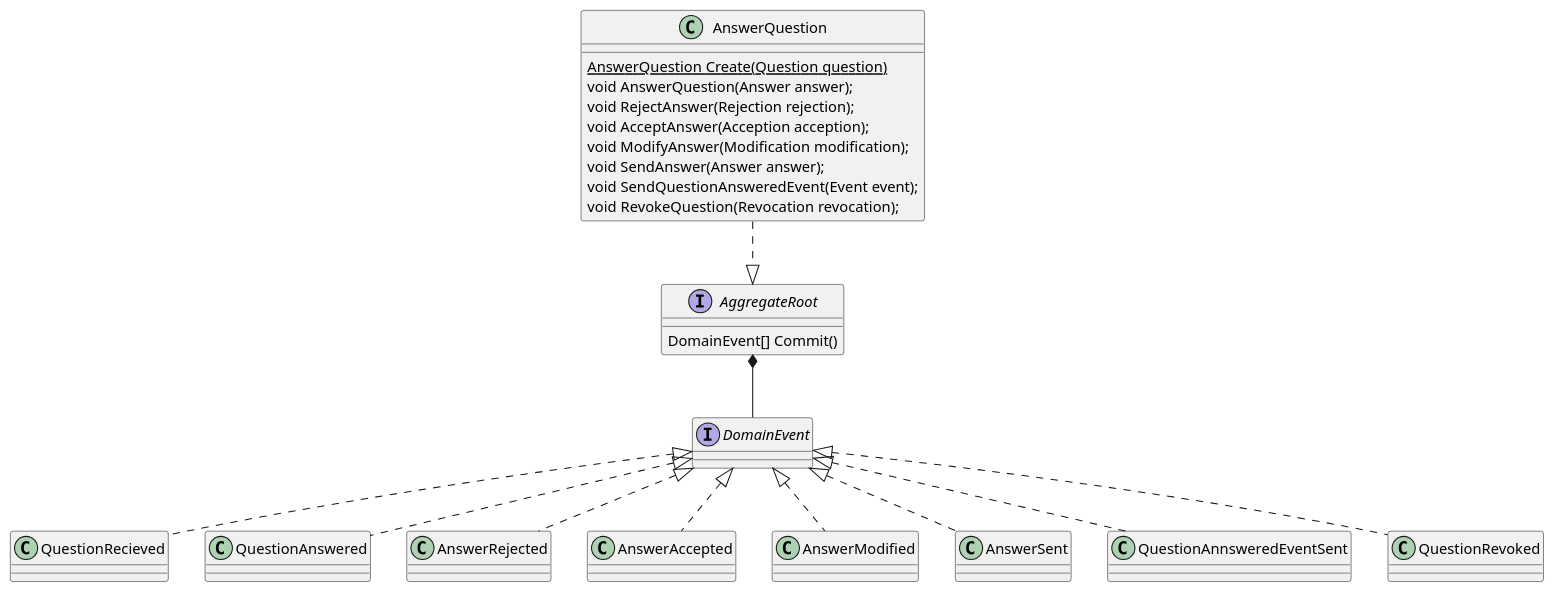
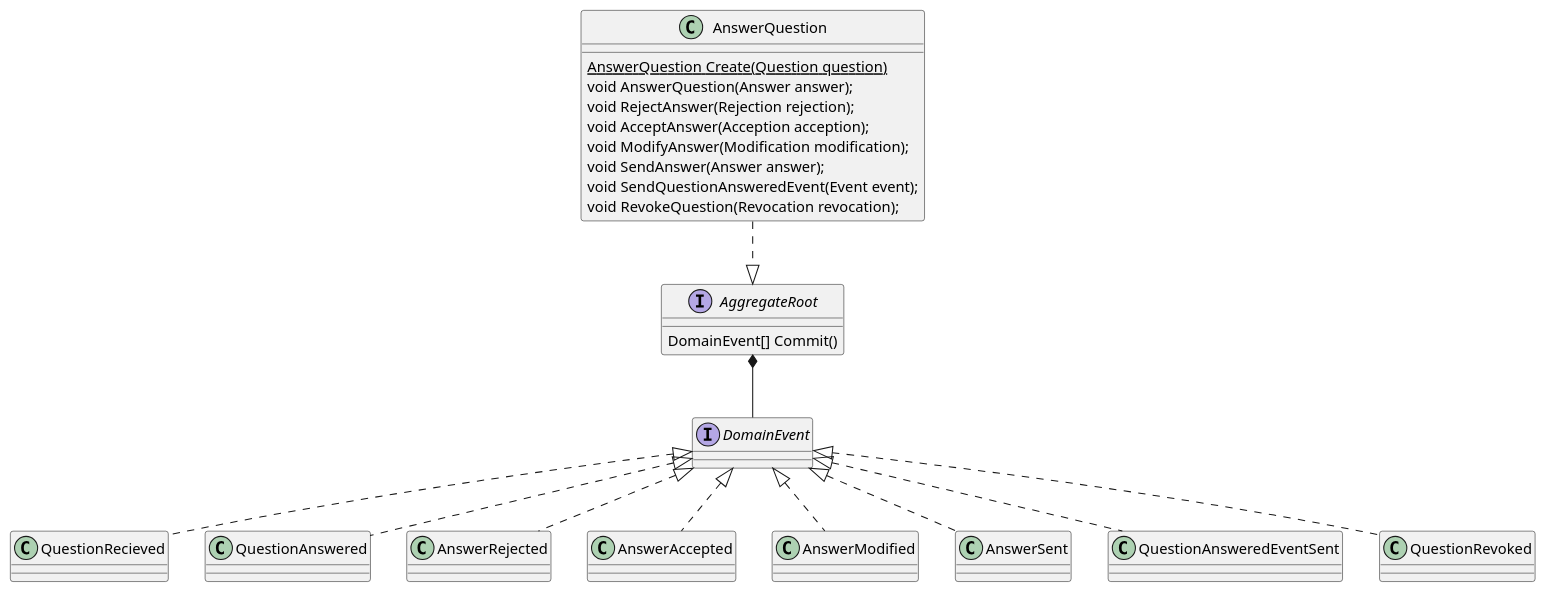
The diagram in docs/blog/bizdevops/living-documentation.md (synionnl/blog), drawn with PlantUML before and after one commit.

````diff
--- a/docs/blog/bizdevops/living-documentation.md
+++ b/docs/blog/bizdevops/living-documentation.md
@@ -54,32 +54,32 @@
 ```plantuml
 
 interface AggregateRoot
 {
     DomainEvent[] Commit()
 }
 
 class AnswerQuestion
 {
     {static} AnswerQuestion Create(Question question)
     void AnswerQuestion(Answer answer);
     void RejectAnswer(Rejection rejection);
     void AcceptAnswer(Acception acception);
     void ModifyAnswer(Modification modification);
     void SendAnswer(Answer answer);
     void SendQuestionAnsweredEvent(Event event);
     void RevokeQuestion(Revocation revocation);
 }
 
 class QuestionRecieved implements DomainEvent
 class QuestionAnswered implements DomainEvent
 class AnswerRejected implements DomainEvent
 class AnswerAccepted implements DomainEvent
 class AnswerModified implements DomainEvent
 class AnswerSent implements DomainEvent
-class QuestionAnnsweredEventSent implements DomainEvent
+class QuestionAnsweredEventSent implements DomainEvent
 class QuestionRevoked implements DomainEvent
 
 AnswerQuestion .d.|> AggregateRoot
 AggregateRoot *-d- DomainEvent
 
 ```
````
